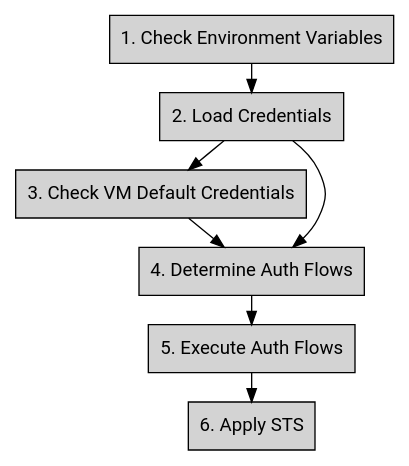
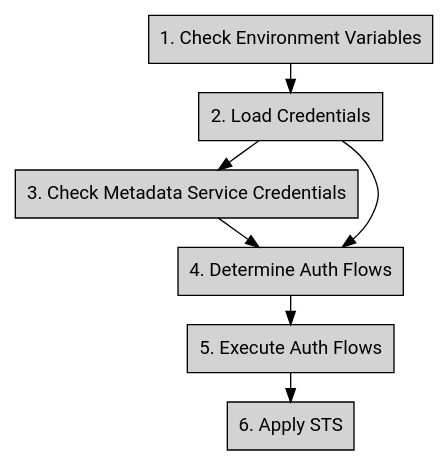
Before and after one commit to aip-dev/google.aip.dev: the diagram in aip/auth/4110.md, drawn with Graphviz. The commit also changed other lines of this file, not shown here.

````diff
--- a/aip/auth/4110.md
+++ b/aip/auth/4110.md
@@ -98,18 +98,18 @@
 ```graphviz
 digraph d_front_back {
   rankdir=TB;
   ranksep=0.3;
   node [ style="filled,solid" shape=box fontname="Roboto" ];
 
   check_env_var [ label="1. Check Environment Variables" ];
   load_credentials [ label="2. Load Credentials" ];
-  check_vm_env [ label="3. Check VM Default Credentials" ];
+  check_metadata [ label="3. Check Metadata Service Credentials" ];
   auth_flows [ label="4. Determine Auth Flows" ];
   execute [ label="5. Execute Auth Flows" ];
   sts [ label="6. Apply STS" ];
 
-  check_env_var -> load_credentials -> check_vm_env ->auth_flows -> execute ->
+  check_env_var -> load_credentials -> check_metadata ->auth_flows -> execute ->
   sts;
   load_credentials -> auth_flows;
 }
 ```
````
